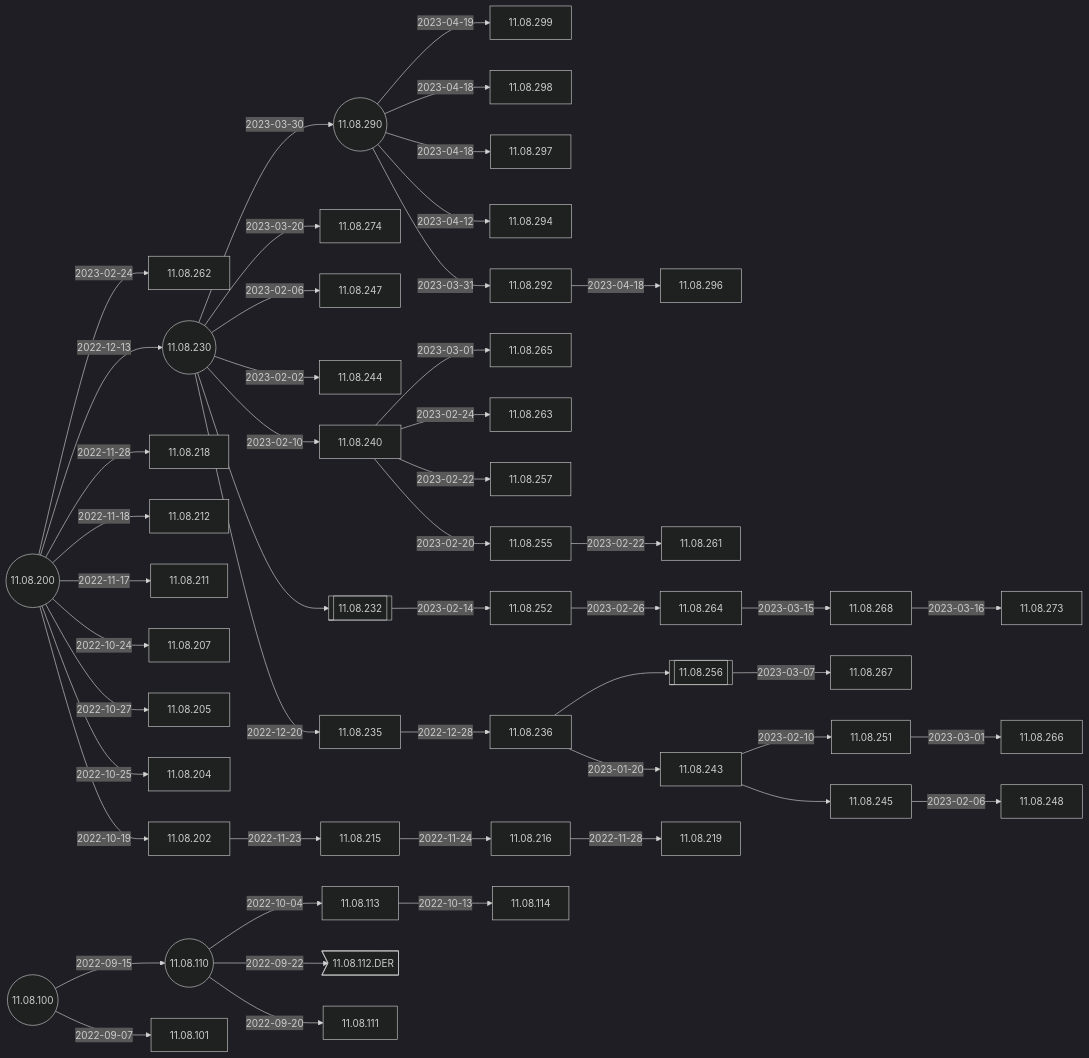
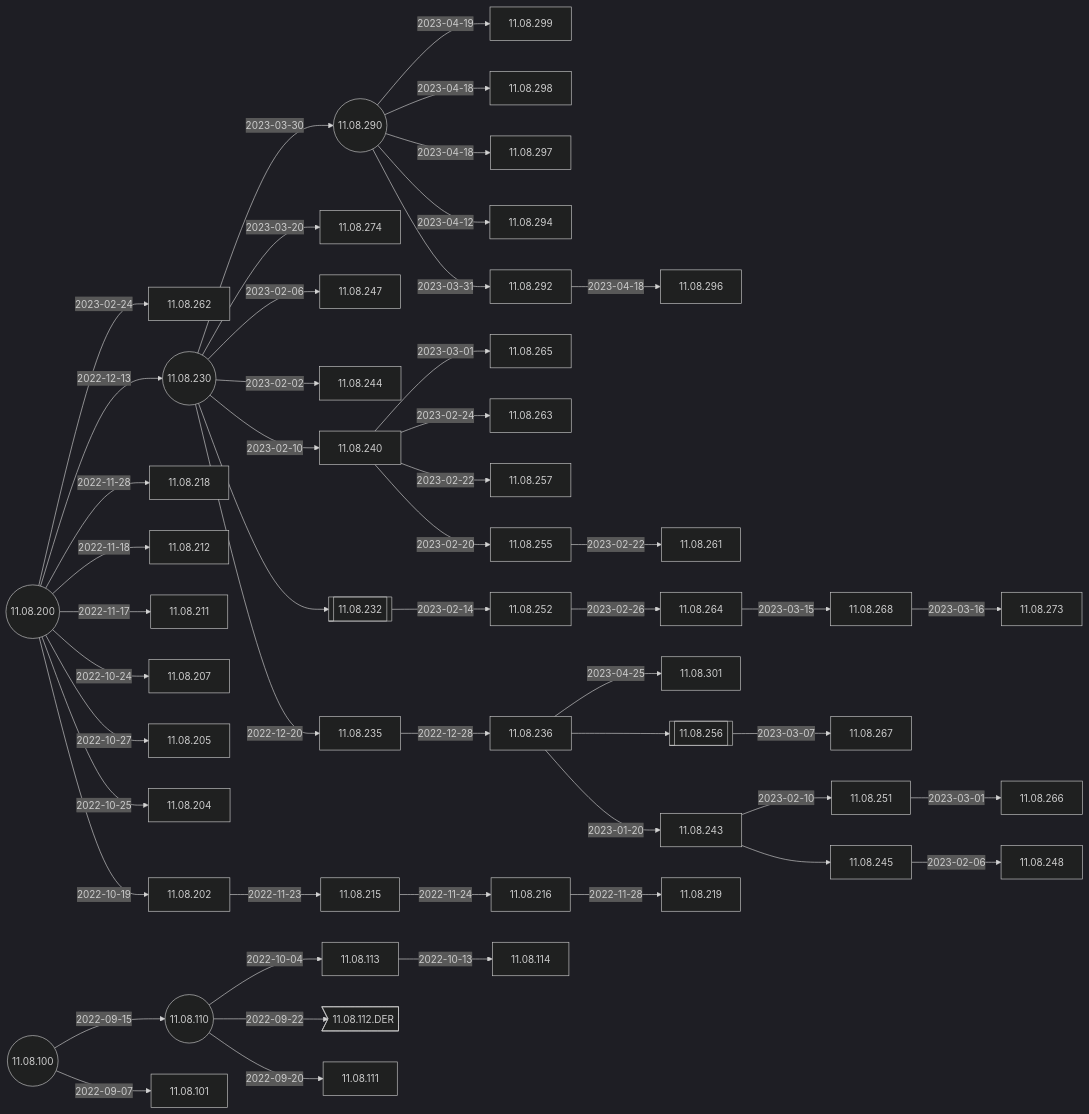
Before and after one commit to IGEL-Community/IGEL-Docs-v02: the second of 4 diagrams in docs/Docs/ReleaseNotes/01-OS11/README.md, drawn with Mermaid (dark theme). The commit also changed 2 other files, not shown here.

Commit message:
11.08.301 <- 11.08.236

````diff
--- a/docs/Docs/ReleaseNotes/01-OS11/README.md
+++ b/docs/Docs/ReleaseNotes/01-OS11/README.md
@@ -39,76 +39,78 @@
 ```mermaid
 flowchart LR
+    11.08.236-- 2023-04-25 -->11.08.301
     11.08.290-- 2023-04-19 -->11.08.299
     11.08.292-- 2023-04-18 -->11.08.296
     11.08.290-- 2023-04-18 -->11.08.298
     11.08.290-- 2023-04-18 -->11.08.297
     11.08.290-- 2023-04-12 -->11.08.294
     11.08.290-- 2023-03-31 -->11.08.292
     11.08.230-- 2023-03-30 -->11.08.290((11.08.290))
     11.08.230-- 2023-03-20 -->11.08.274
     11.08.236-->11.08.256[[11.08.256]]-- 2023-03-07 -->11.08.267
     11.08.240-- 2023-03-01 -->11.08.265 
     11.08.252-- 2023-02-26 -->11.08.264-- 2023-03-15 -->11.08.268-- 2023-03-16 -->11.08.273
     11.08.200-- 2023-02-24 -->11.08.262
     11.08.243-- 2023-02-10 -->11.08.251-- 2023-03-01 -->11.08.266
     11.08.230-- 2023-02-06 -->11.08.247
     11.08.230-- 2023-02-02 -->11.08.244
     11.08.240-- 2023-02-24 -->11.08.263
     11.08.240-- 2023-02-22 -->11.08.257
     11.08.240-- 2023-02-20 -->11.08.255-- 2023-02-22 -->11.08.261
     11.08.230-- 2023-02-10 -->11.08.240
     11.08.230((11.08.230))-->11.08.232[[11.08.232]]-- 2023-02-14 -->11.08.252
     11.08.200-- 2022-12-13 -->11.08.230-- 2022-12-20 -->11.08.235-- 2022-12-28 -->11.08.236-- 2023-01-20 -->11.08.243-->11.08.245-- 2023-02-06 -->11.08.248
     11.08.200-- 2022-11-28 -->11.08.218
     11.08.200-- 2022-11-18 -->11.08.212
     11.08.200-- 2022-11-17 -->11.08.211
     11.08.200-- 2022-10-24 -->11.08.207
     11.08.200-- 2022-10-27 -->11.08.205
     11.08.200-- 2022-10-25 -->11.08.204
     11.08.200((11.08.200))-- 2022-10-19 -->11.08.202-- 2022-11-23 -->11.08.215-- 2022-11-24 -->11.08.216-- 2022-11-28 -->11.08.219
     11.08.110-- 2022-10-04 -->11.08.113-- 2022-10-13 -->11.08.114
     11.08.110((11.08.110))-- 2022-09-22 -->11.08.112.DER>11.08.112.DER]
     11.08.100-- 2022-09-15 -->11.08.110-- 2022-09-20 -->11.08.111
     11.08.100((11.08.100))-- 2022-09-07 -->11.08.101
+    click 11.08.301 "https://github.com/IGEL-Community/IGEL-Docs-v02/tree/main/docs/Docs/ReleaseNotes/01-OS11/readme11.08.301.txt" _blank
     click 11.08.299 "https://github.com/IGEL-Community/IGEL-Docs-v02/tree/main/docs/Docs/ReleaseNotes/01-OS11/readme11.08.299.txt" _blank
     click 11.08.296 "https://github.com/IGEL-Community/IGEL-Docs-v02/tree/main/docs/Docs/ReleaseNotes/01-OS11/readme11.08.296.txt" _blank
     click 11.08.298 "https://github.com/IGEL-Community/IGEL-Docs-v02/tree/main/docs/Docs/ReleaseNotes/01-OS11/readme11.08.298.txt" _blank
     click 11.08.297 "https://github.com/IGEL-Community/IGEL-Docs-v02/tree/main/docs/Docs/ReleaseNotes/01-OS11/readme11.08.297.txt" _blank
     click 11.08.294 "https://github.com/IGEL-Community/IGEL-Docs-v02/tree/main/docs/Docs/ReleaseNotes/01-OS11/readme11.08.294.txt" _blank
     click 11.08.292 "https://github.com/IGEL-Community/IGEL-Docs-v02/tree/main/docs/Docs/ReleaseNotes/01-OS11/readme11.08.292.txt" _blank
     click 11.08.292 "https://github.com/IGEL-Community/IGEL-Docs-v02/tree/main/docs/Docs/ReleaseNotes/01-OS11/readme11.08.292.txt" _blank
     click 11.08.290 "https://github.com/IGEL-Community/IGEL-Docs-v02/tree/main/docs/Docs/ReleaseNotes/01-OS11/readme11.08.290.txt" _blank
     click 11.08.274 "https://github.com/IGEL-Community/IGEL-Docs-v02/tree/main/docs/Docs/ReleaseNotes/01-OS11/readme11.08.274.txt" _blank
     click 11.08.273 "https://github.com/IGEL-Community/IGEL-Docs-v02/tree/main/docs/Docs/ReleaseNotes/01-OS11/readme11.08.273.txt" _blank
     click 11.08.268 "https://github.com/IGEL-Community/IGEL-Docs-v02/tree/main/docs/Docs/ReleaseNotes/01-OS11/readme11.08.268.txt" _blank
     click 11.08.267 "https://github.com/IGEL-Community/IGEL-Docs-v02/tree/main/docs/Docs/ReleaseNotes/01-OS11/readme11.08.267.txt" _blank
     click 11.08.266 "https://github.com/IGEL-Community/IGEL-Docs-v02/tree/main/docs/Docs/ReleaseNotes/01-OS11/readme11.08.266.txt" _blank
     click 11.08.265 "https://github.com/IGEL-Community/IGEL-Docs-v02/tree/main/docs/Docs/ReleaseNotes/01-OS11/readme11.08.265.txt" _blank
     click 11.08.264 "https://github.com/IGEL-Community/IGEL-Docs-v02/tree/main/docs/Docs/ReleaseNotes/01-OS11/readme11.08.264.txt" _blank
     click 11.08.263 "https://github.com/IGEL-Community/IGEL-Docs-v02/tree/main/docs/Docs/ReleaseNotes/01-OS11/readme11.08.263.txt" _blank
     click 11.08.262 "https://github.com/IGEL-Community/IGEL-Docs-v02/tree/main/docs/Docs/ReleaseNotes/01-OS11/readme11.08.262.txt" _blank
     click 11.08.261 "https://github.com/IGEL-Community/IGEL-Docs-v02/tree/main/docs/Docs/ReleaseNotes/01-OS11/readme11.08.261.txt" _blank
     click 11.08.257 "https://github.com/IGEL-Community/IGEL-Docs-v02/tree/main/docs/Docs/ReleaseNotes/01-OS11/readme11.08.257.txt" _blank
     click 11.08.255 "https://github.com/IGEL-Community/IGEL-Docs-v02/tree/main/docs/Docs/ReleaseNotes/01-OS11/readme11.08.255.txt" _blank
     click 11.08.252 "https://github.com/IGEL-Community/IGEL-Docs-v02/tree/main/docs/Docs/ReleaseNotes/01-OS11/readme11.08.252.txt" _blank
     click 11.08.251 "https://github.com/IGEL-Community/IGEL-Docs-v02/tree/main/docs/Docs/ReleaseNotes/01-OS11/readme11.08.251.txt" _blank
     click 11.08.248 "https://github.com/IGEL-Community/IGEL-Docs-v02/tree/main/docs/Docs/ReleaseNotes/01-OS11/readme11.08.248.txt" _blank
     click 11.08.247 "https://github.com/IGEL-Community/IGEL-Docs-v02/tree/main/docs/Docs/ReleaseNotes/01-OS11/readme11.08.247.txt" _blank
     click 11.08.244 "https://github.com/IGEL-Community/IGEL-Docs-v02/tree/main/docs/Docs/ReleaseNotes/01-OS11/readme11.08.244.txt" _blank
     click 11.08.243 "https://github.com/IGEL-Community/IGEL-Docs-v02/tree/main/docs/Docs/ReleaseNotes/01-OS11/readme11.08.243.txt" _blank
     click 11.08.240 "https://github.com/IGEL-Community/IGEL-Docs-v02/tree/main/docs/Docs/ReleaseNotes/01-OS11/readme11.08.240.txt" _blank
     click 11.08.236 "https://github.com/IGEL-Community/IGEL-Docs-v02/tree/main/docs/Docs/ReleaseNotes/01-OS11/readme11.08.236.txt" _blank
     click 11.08.235 "https://github.com/IGEL-Community/IGEL-Docs-v02/tree/main/docs/Docs/ReleaseNotes/01-OS11/readme11.08.235.txt" _blank
     click 11.08.230 "https://github.com/IGEL-Community/IGEL-Docs-v02/tree/main/docs/Docs/ReleaseNotes/01-OS11/readme11.08.230.txt" _blank
     click 11.08.219 "https://github.com/IGEL-Community/IGEL-Docs-v02/tree/main/docs/Docs/ReleaseNotes/01-OS11/readme11.08.219.txt" _blank
     click 11.08.218 "https://github.com/IGEL-Community/IGEL-Docs-v02/tree/main/docs/Docs/ReleaseNotes/01-OS11/readme11.08.218.txt" _blank
     click 11.08.216 "https://github.com/IGEL-Community/IGEL-Docs-v02/tree/main/docs/Docs/ReleaseNotes/01-OS11/readme11.08.216.txt" _blank
     click 11.08.215 "https://github.com/IGEL-Community/IGEL-Docs-v02/tree/main/docs/Docs/ReleaseNotes/01-OS11/readme11.08.215.txt" _blank
     click 11.08.212 "https://github.com/IGEL-Community/IGEL-Docs-v02/tree/main/docs/Docs/ReleaseNotes/01-OS11/readme11.08.212.txt" _blank
     click 11.08.211 "https://github.com/IGEL-Community/IGEL-Docs-v02/tree/main/docs/Docs/ReleaseNotes/01-OS11/readme11.08.211.txt" _blank
     click 11.08.207 "https://github.com/IGEL-Community/IGEL-Docs-v02/tree/main/docs/Docs/ReleaseNotes/01-OS11/readme11.08.207.txt" _blank
     click 11.08.205 "https://github.com/IGEL-Community/IGEL-Docs-v02/tree/main/docs/Docs/ReleaseNotes/01-OS11/readme11.08.205.txt" _blank
     click 11.08.204 "https://github.com/IGEL-Community/IGEL-Docs-v02/tree/main/docs/Docs/ReleaseNotes/01-OS11/readme11.08.204.txt" _blank
     click 11.08.202 "https://github.com/IGEL-Community/IGEL-Docs-v02/tree/main/docs/Docs/ReleaseNotes/01-OS11/readme11.08.202.txt" _blank
     click 11.08.200 "https://github.com/IGEL-Community/IGEL-Docs-v02/tree/main/docs/Docs/ReleaseNotes/01-OS11/readme11.08.200.txt" _blank
 ```
````
